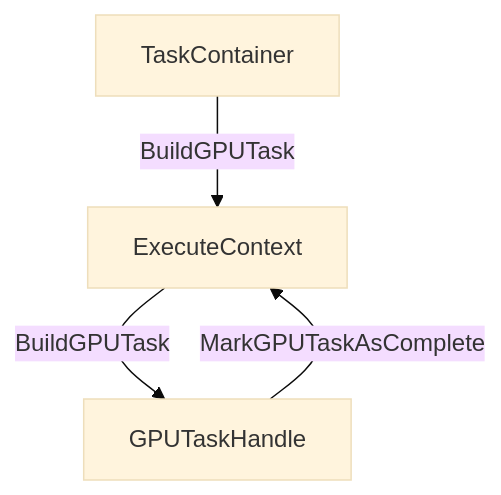
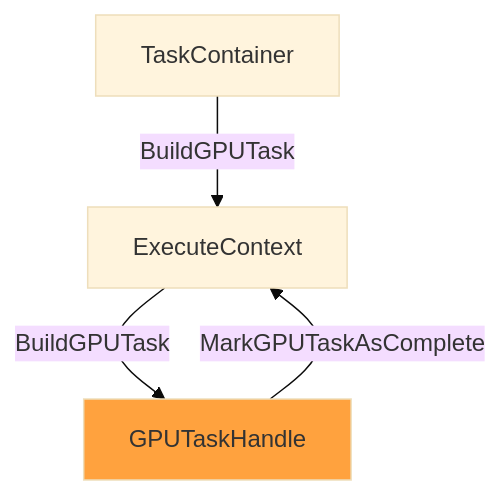
One commit to NVIDIAGameWorks/KickstartRT changed the tenth of 14 diagrams in docs/SDK_Reference.md. Above: the diagram before and after it, drawn with Mermaid (base theme). The commit also changed other lines of this file, not shown here.

````diff
--- a/docs/SDK_Reference.md
+++ b/docs/SDK_Reference.md
@@ -322,8 +271,9 @@
 ``` mermaid
 flowchart TB
 
 TaskContainer -- BuildGPUTask --> ExecuteContext
 ExecuteContext -- BuildGPUTask --> GPUTaskHandle
 GPUTaskHandle -- MarkGPUTaskAsComplete --> ExecuteContext
 
+style GPUTaskHandle fill:#ffa23e
 ```
````
